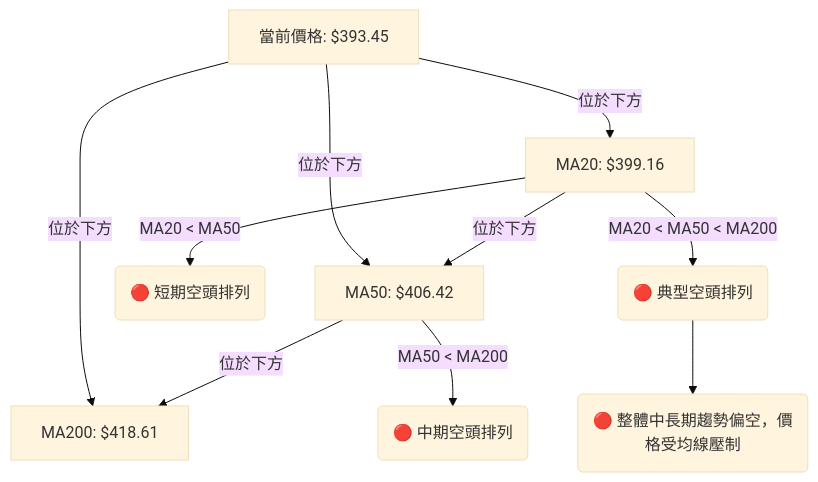
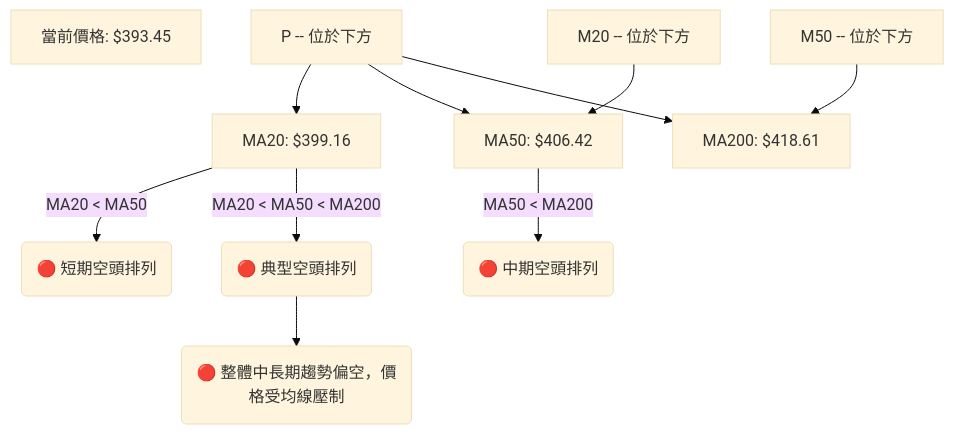
The seventh of 14 diagrams in ai_gen_report/stock/tsla/technical_analysis_2026-07-05_gemini.md (yennanliu/finance_data), drawn with Mermaid (base theme) before and after one commit. The commit also changed other lines of this file and 2258 other files, not shown here.

First line of the commit message:
chore: backfill Mermaid syntax repair across existing reports

````diff
--- a/ai_gen_report/stock/tsla/technical_analysis_2026-07-05_gemini.md
+++ b/ai_gen_report/stock/tsla/technical_analysis_2026-07-05_gemini.md
@@ -481,19 +481,19 @@
 ```mermaid
 graph TD
-    P[當前價格: $393.45]
-    M20[MA20: $399.16]
-    M50[MA50: $406.42]
-    M200[MA200: $418.61]
+    P["當前價格: $393.45"]
+    M20["MA20: $399.16"]
+    M50["MA50: $406.42"]
+    M200["MA200: $418.61"]
 
-    P -- "位於下方" --> M20
-    P -- "位於下方" --> M50
-    P -- "位於下方" --> M200
+    nb1["P -- "位於下方""] --> M20
+    nb1["P -- "位於下方""] --> M50
+    nb1["P -- "位於下方""] --> M200
 
-    M20 -- "位於下方" --> M50
-    M50 -- "位於下方" --> M200
+    nb2["M20 -- "位於下方""] --> M50
+    nb3["M50 -- "位於下方""] --> M200
 
-    M20 -->|MA20 < MA50| Bearish1(🔴 短期空頭排列)
-    M50 -->|MA50 < MA200| Bearish2(🔴 中期空頭排列)
-    M20 -- "MA20 < MA50 < MA200" --> Bearish3(🔴 典型空頭排列)
-    Bearish3 --> Conclusion(🔴 整體中長期趨勢偏空，價格受均線壓制)
+    M20 -->|"MA20 < MA50"| Bearish1("🔴 短期空頭排列")
+    M50 -->|"MA50 < MA200"| Bearish2("🔴 中期空頭排列")
+    M20 -- "MA20 < MA50 < MA200" --> Bearish3("🔴 典型空頭排列")
+    Bearish3 --> Conclusion("🔴 整體中長期趨勢偏空，價格受均線壓制")
 ```
````
